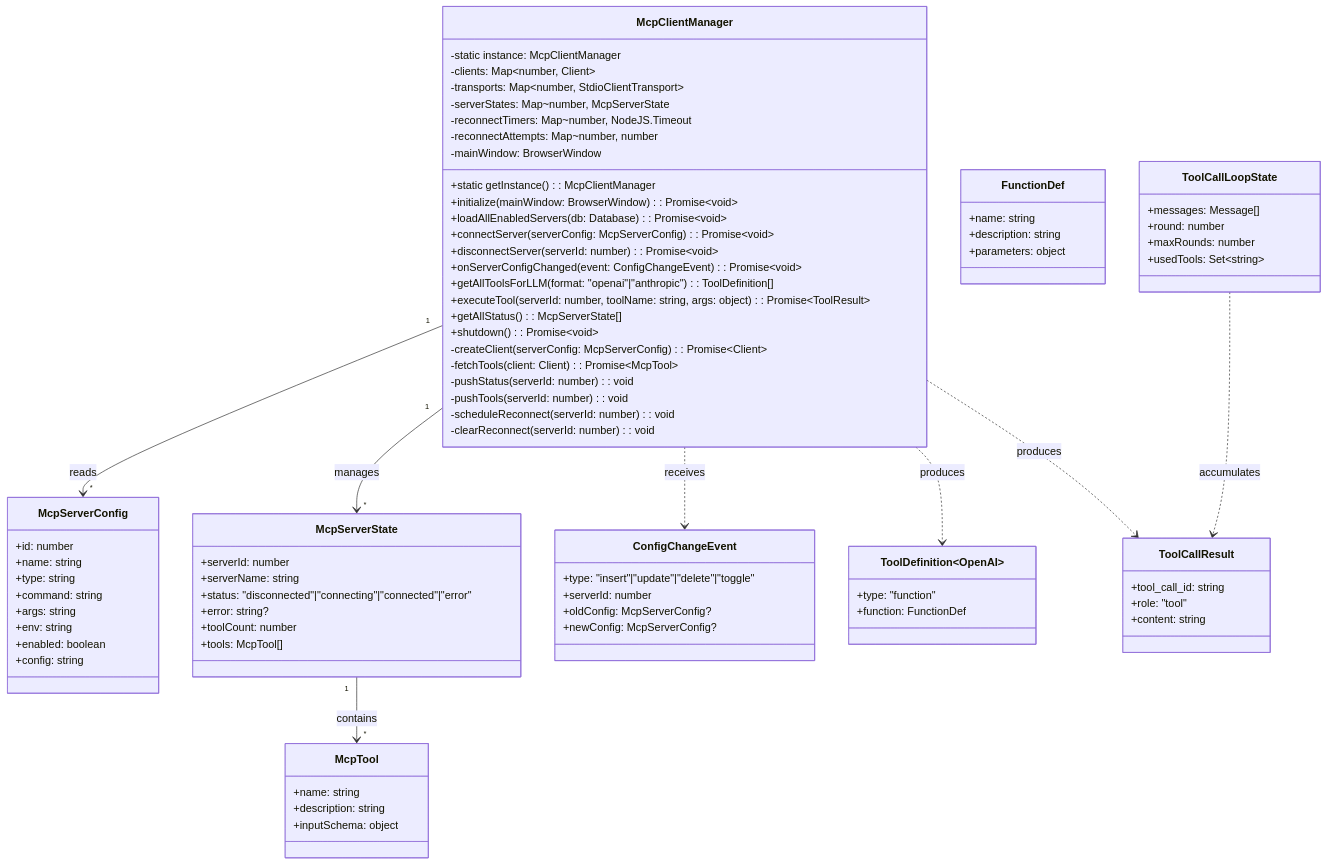
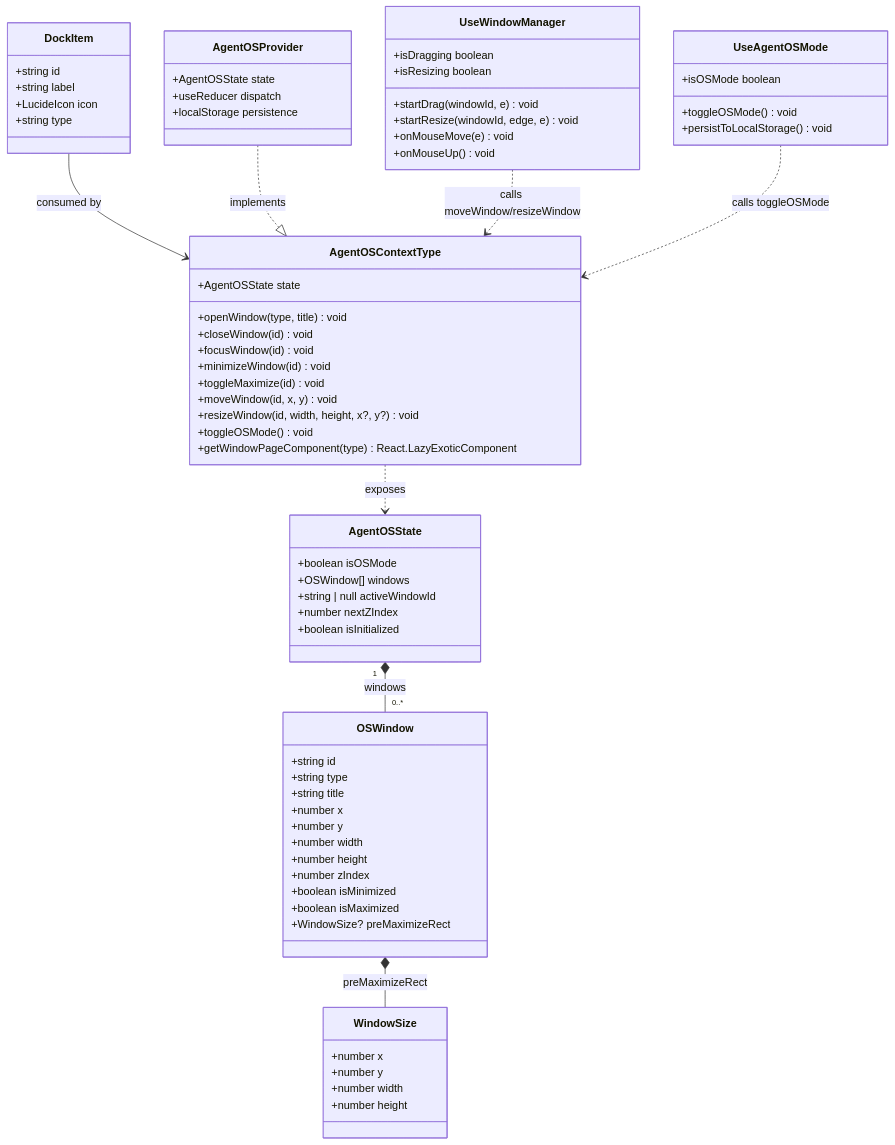
Before and after one commit to eafenzhang/workit: the first of 5 diagrams in docs/system_design.md, drawn with Mermaid. The commit also changed other lines of this file and 33 other files, not shown here.

````diff
--- a/docs/system_design.md
+++ b/docs/system_design.md
@@ -83,93 +87,82 @@
 ```mermaid
 classDiagram
-    class McpClientManager {
-        -static instance: McpClientManager
-        -clients: Map~number, Client~
-        -transports: Map~number, StdioClientTransport~
-        -serverStates: Map~number, McpServerState
-        -reconnectTimers: Map~number, NodeJS.Timeout
-        -reconnectAttempts: Map~number, number
-        -mainWindow: BrowserWindow
-        +static getInstance(): McpClientManager
-        +initialize(mainWindow: BrowserWindow): Promise~void~
-        +loadAllEnabledServers(db: Database): Promise~void~
-        +connectServer(serverConfig: McpServerConfig): Promise~void~
-        +disconnectServer(serverId: number): Promise~void~
-        +onServerConfigChanged(event: ConfigChangeEvent): Promise~void~
-        +getAllToolsForLLM(format: "openai"|"anthropic"): ToolDefinition[]
-        +executeTool(serverId: number, toolName: string, args: object): Promise~ToolResult~
-        +getAllStatus(): McpServerState[]
-        +shutdown(): Promise~void~
-        -createClient(serverConfig: McpServerConfig): Promise~Client~
-        -fetchTools(client: Client): Promise~McpTool~
-        -pushStatus(serverId: number): void
-        -pushTools(serverId: number): void
-        -scheduleReconnect(serverId: number): void
-        -clearReconnect(serverId: number): void
+    direction TB
+
+    class AgentOSState {
+        +boolean isOSMode
+        +OSWindow[] windows
+        +string | null activeWindowId
+        +number nextZIndex
+        +boolean isInitialized
     }
 
-    class McpServerConfig {
-        +id: number
-        +name: string
-        +type: string
-        +command: string
-        +args: string
-        +env: string
-        +enabled: boolean
-        +config: string
+    class OSWindow {
+        +string id
+        +string type
+        +string title
+        +number x
+        +number y
+        +number width
+        +number height
+        +number zIndex
+        +boolean isMinimized
+        +boolean isMaximized
+        +WindowSize? preMaximizeRect
     }
 
-    class McpServerState {
-        +serverId: number
-        +serverName: string
-        +status: "disconnected"|"connecting"|"connected"|"error"
-        +error: string?
-        +toolCount: number
-        +tools: McpTool[]
+    class WindowSize {
+        +number x
+        +number y
+        +number width
+        +number height
     }
 
-    class McpTool {
-        +name: string
-        +description: string
-        +inputSchema: object
+    class DockItem {
+        +string id
+        +string label
+        +LucideIcon icon
+        +string type
     }
 
-    class ConfigChangeEvent {
-        +type: "insert"|"update"|"delete"|"toggle"
-        +serverId: number
-        +oldConfig: McpServerConfig?
-        +newConfig: McpServerConfig?
+    class AgentOSContextType {
+        +AgentOSState state
+        +openWindow(type, title) void
+        +closeWindow(id) void
+        +focusWindow(id) void
+        +minimizeWindow(id) void
+        +toggleMaximize(id) void
+        +moveWindow(id, x, y) void
+        +resizeWindow(id, width, height, x?, y?) void
+        +toggleOSMode() void
+        +getWindowPageComponent(type) React.LazyExoticComponent
     }
 
-    class ToolDefinition~OpenAI~ {
-        +type: "function"
-        +function: FunctionDef
+    class AgentOSProvider {
+        +AgentOSState state
+        +useReducer dispatch
+        +localStorage persistence
     }
 
-    class FunctionDef {
-        +name: string
-        +description: string
-        +parameters: object
+    class UseWindowManager {
+        +startDrag(windowId, e) void
+        +startResize(windowId, edge, e) void
+        +onMouseMove(e) void
+        +onMouseUp() void
+        +isDragging boolean
+        +isResizing boolean
     }
 
-    class ToolCallResult {
-        +tool_call_id: string
-        +role: "tool"
-        +content: string
+    class UseAgentOSMode {
+        +isOSMode boolean
+        +toggleOSMode() void
+        +persistToLocalStorage() void
     }
 
-    class ToolCallLoopState {
-        +messages: Message[]
-        +round: number
-        +maxRounds: number
-        +usedTools: Set~string~
-    }
-
-    McpClientManager "1" --> "*" McpServerState : manages
-    McpServerState "1" --> "*" McpTool : contains
-    McpClientManager "1" --> "*" McpServerConfig : reads
-    McpClientManager ..> ConfigChangeEvent : receives
-    McpClientManager ..> ToolDefinition : produces
-    McpClientManager ..> ToolCallResult : produces
-    ToolCallLoopState ..> ToolCallResult : accumulates
+    AgentOSState "1" *-- "0..*" OSWindow : windows
+    OSWindow *-- WindowSize : preMaximizeRect
+    DockItem --> AgentOSContextType : consumed by
+    AgentOSContextType ..> AgentOSState : exposes
+    AgentOSProvider ..|> AgentOSContextType : implements
+    UseWindowManager ..> AgentOSContextType : calls moveWindow/resizeWindow
+    UseAgentOSMode ..> AgentOSContextType : calls toggleOSMode
 ```
````
